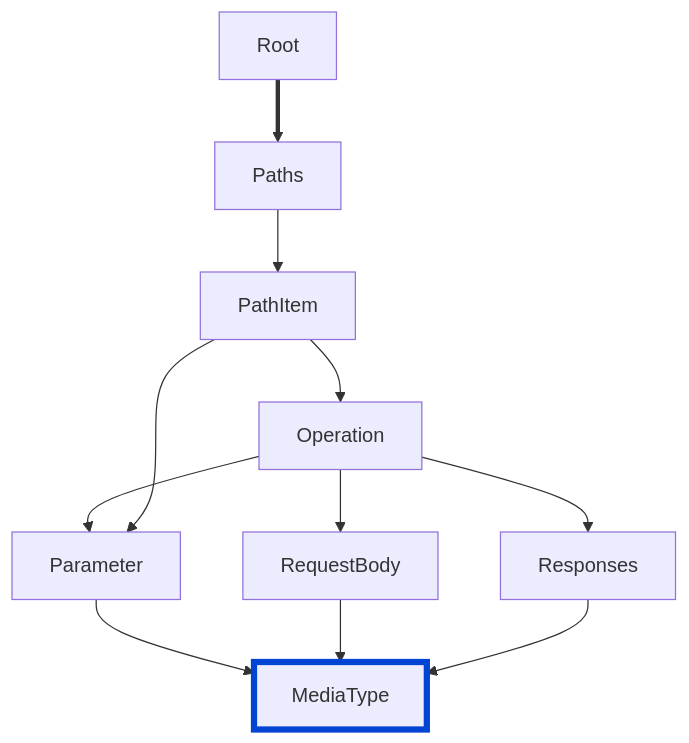
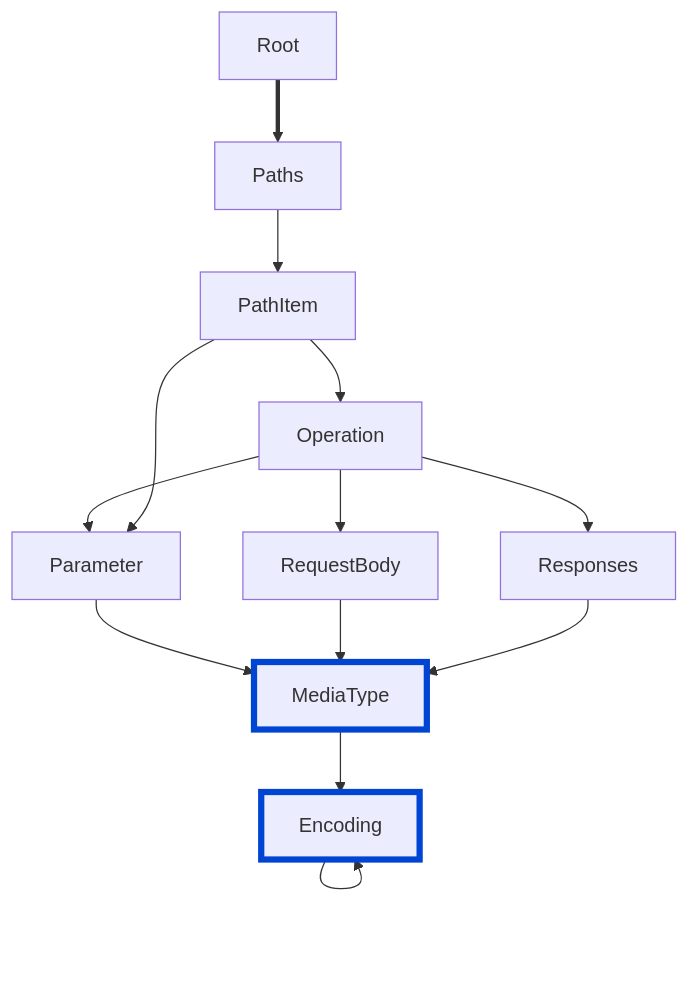
Before and after one commit to Redocly/redocly-cli: the diagram in docs/@v2/rules/oas/spec-no-invalid-encoding-combinations.md, drawn with Mermaid. The commit also changed other lines of this file and 15 other files, not shown here.

Commit message:
fix: accept components.mediaTypes entries and nested Encoding Object fields in OpenAPI 3.2

````diff
--- a/docs/@v2/rules/oas/spec-no-invalid-encoding-combinations.md
+++ b/docs/@v2/rules/oas/spec-no-invalid-encoding-combinations.md
@@ -16,11 +16,13 @@
 ```mermaid
 flowchart TD
 
 Root ==> Paths --> PathItem --> Operation --> Parameter --> MediaType
 PathItem --> Parameter
 Operation --> RequestBody --> MediaType
 Operation --> Responses --> MediaType
+MediaType --> Encoding --> Encoding
 
 style MediaType fill:#codaf9,stroke:#0044d4,stroke-width:5px
+style Encoding fill:#codaf9,stroke:#0044d4,stroke-width:5px
 
 ```
````
